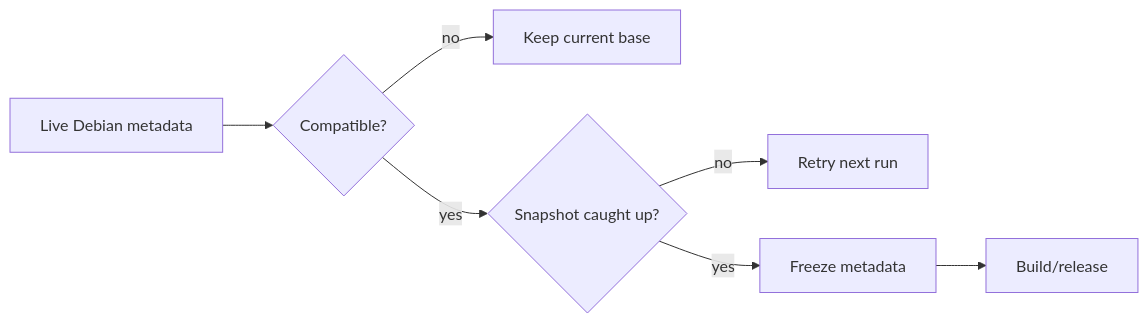
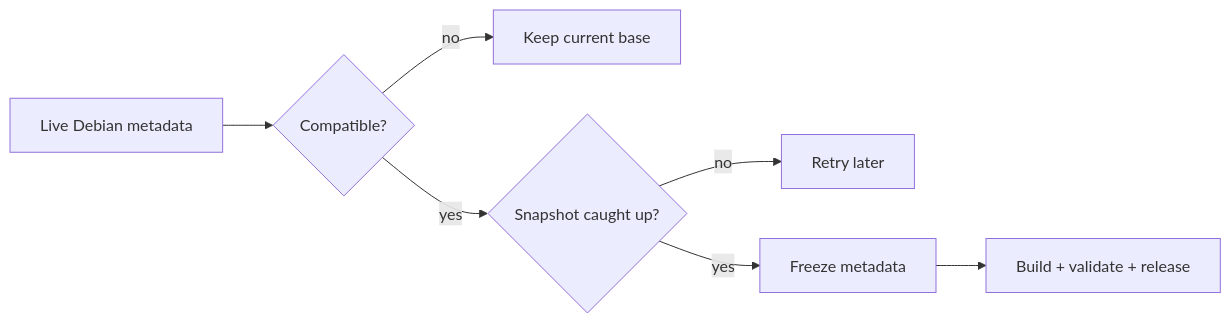
One commit to BlackF1re/atlantian changed the diagram in docs/DEBIAN-LIFECYCLE.md. Above: the diagram before and after it, drawn with Mermaid. The commit also changed other lines of this file, not shown here.

````diff
--- a/docs/DEBIAN-LIFECYCLE.md
+++ b/docs/DEBIAN-LIFECYCLE.md
@@ -31,9 +31,9 @@
 ```mermaid
 flowchart LR
     A[Live Debian metadata] --> B{Compatible?}
     B -- no --> C[Keep current base]
     B -- yes --> D{Snapshot caught up?}
-    D -- no --> E[Retry next run]
+    D -- no --> E[Retry later]
     D -- yes --> F[Freeze metadata]
-    F --> G[Build/release]
+    F --> G[Build + validate + release]
 ```
````
